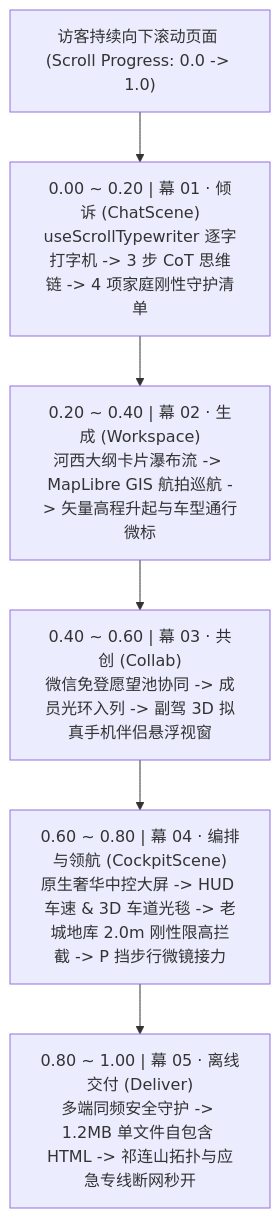
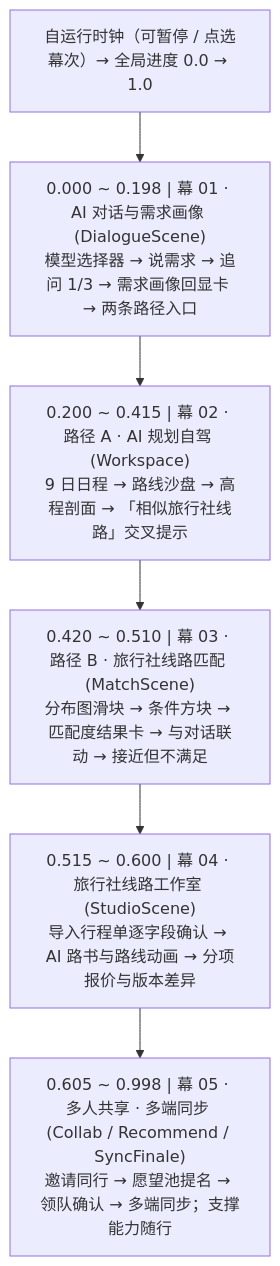
The third of 5 diagrams in docs/SHOWCASE-web-design.md (JohnMaxwell0123/TripCraft), drawn with Mermaid before and after one commit. The commit also changed other lines of this file and 12 other files, not shown here.

````diff
--- a/docs/SHOWCASE-web-design.md
+++ b/docs/SHOWCASE-web-design.md
@@ -111,10 +111,10 @@
 ```mermaid
 flowchart TD
-    SCROLL["访客持续向下滚动页面 (Scroll Progress: 0.0 -> 1.0)"]
-    
-    SCROLL --> S1["0.00 ~ 0.20 | 幕 01 · 倾诉 (ChatScene)<br/>useScrollTypewriter 逐字打字机 -> 3 步 CoT 思维链 -> 4 项家庭刚性守护清单"]
-    S1 --> S2["0.20 ~ 0.40 | 幕 02 · 生成 (Workspace)<br/>河西大纲卡片瀑布流 -> MapLibre GIS 航拍巡航 -> 矢量高程升起与车型通行微标"]
-    S2 --> S3["0.40 ~ 0.60 | 幕 03 · 共创 (Collab)<br/>微信免登愿望池协同 -> 成员光环入列 -> 副驾 3D 拟真手机伴侣悬浮视窗"]
-    S3 --> S4["0.60 ~ 0.80 | 幕 04 · 编排与领航 (CockpitScene)<br/>原生奢华中控大屏 -> HUD 车速 & 3D 车道光毯 -> 老城地库 2.0m 刚性限高拦截 -> P 挡步行微镜接力"]
-    S4 --> S5["0.80 ~ 1.00 | 幕 05 · 离线交付 (Deliver)<br/>多端同频安全守护 -> 1.2MB 单文件自包含 HTML -> 祁连山拓扑与应急专线断网秒开"]
+    CLOCK["自运行时钟（可暂停 / 点选幕次）→ 全局进度 0.0 → 1.0"]
+
+    CLOCK --> S1["0.000 ~ 0.198 | 幕 01 · AI 对话与需求画像 (DialogueScene)<br/>模型选择器 → 说需求 → 追问 1/3 → 需求画像回显卡 → 两条路径入口"]
+    S1 --> S2["0.200 ~ 0.415 | 幕 02 · 路径 A · AI 规划自驾 (Workspace)<br/>9 日日程 → 路线沙盘 → 高程剖面 → 「相似旅行社线路」交叉提示"]
+    S2 --> S3["0.420 ~ 0.510 | 幕 03 · 路径 B · 旅行社线路匹配 (MatchScene)<br/>分布图滑块 → 条件方块 → 匹配度结果卡 → 与对话联动 → 接近但不满足"]
+    S3 --> S4["0.515 ~ 0.600 | 幕 04 · 旅行社线路工作室 (StudioScene)<br/>导入行程单逐字段确认 → AI 路书与路线动画 → 分项报价与版本差异"]
+    S4 --> S5["0.605 ~ 0.998 | 幕 05 · 多人共享 · 多端同步 (Collab / Recommend / SyncFinale)<br/>邀请同行 → 愿望池提名 → 领队确认 → 多端同步；支撑能力随行"]
 ```
````
